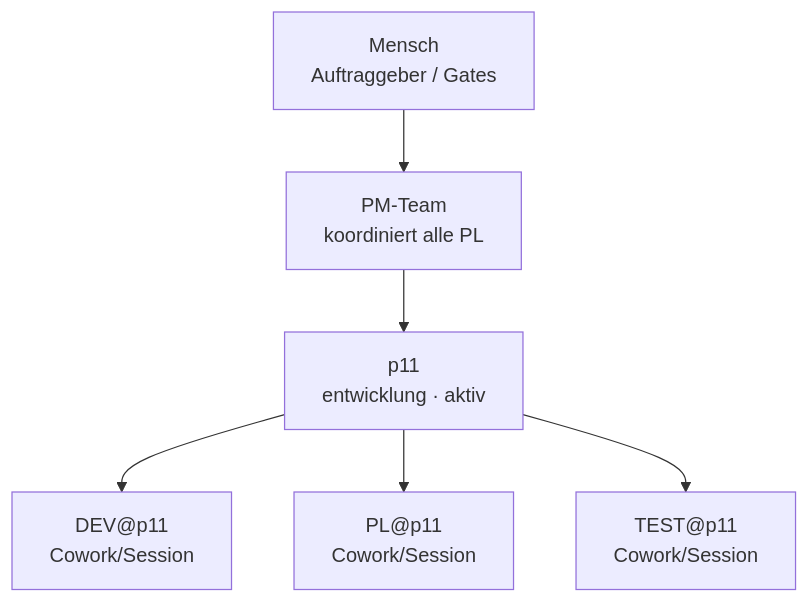
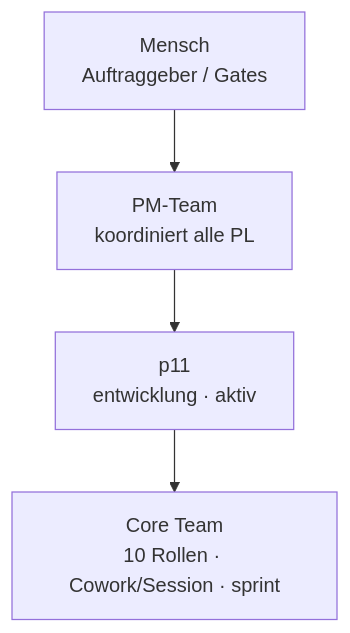
One commit to DiOflOrds/projects changed the diagram in p11/ORGANIGRAMM.md. Above: the diagram before and after it, drawn with Mermaid. The commit also changed other lines of this file and 16 other files, not shown here.

````diff
--- a/p11/ORGANIGRAMM.md
+++ b/p11/ORGANIGRAMM.md
@@ -7,14 +7,10 @@
 ```mermaid
 graph TB
   MENSCH["Mensch<br/>Auftraggeber / Gates"]
   PM["PM-Team<br/>koordiniert alle PL"]
   MENSCH --> PM
   p11["p11<br/>entwicklung · aktiv"]
   PM --> p11
-  DEV_p11["DEV@p11<br/>Cowork/Session"]
-  p11 --> DEV_p11
-  PL_p11["PL@p11<br/>Cowork/Session"]
-  p11 --> PL_p11
-  TEST_p11["TEST@p11<br/>Cowork/Session"]
-  p11 --> TEST_p11
+  p11_CORE["Core Team<br/>10 Rollen · Cowork/Session · sprint"]
+  p11 --> p11_CORE
 ```
````
